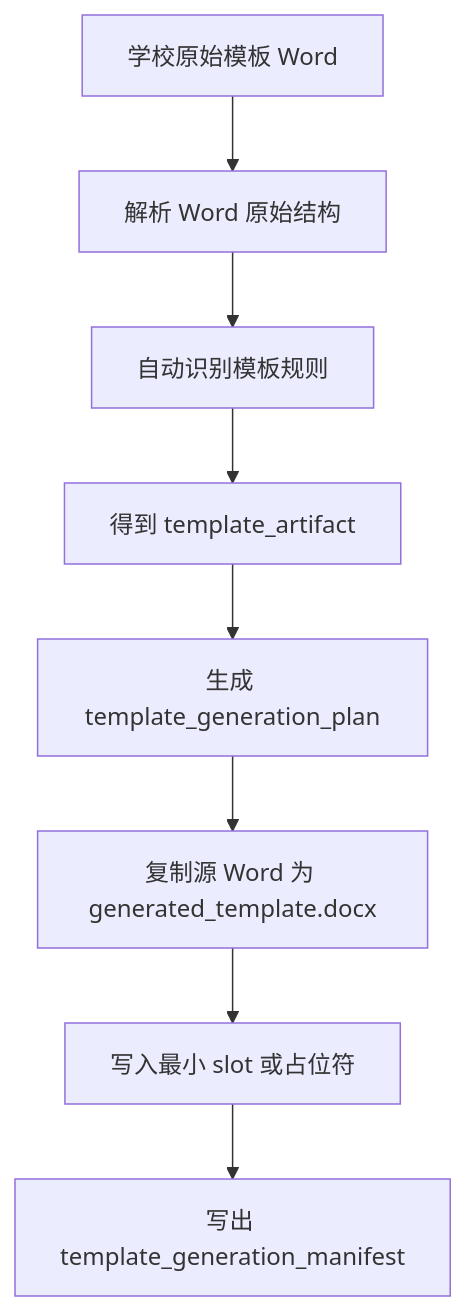
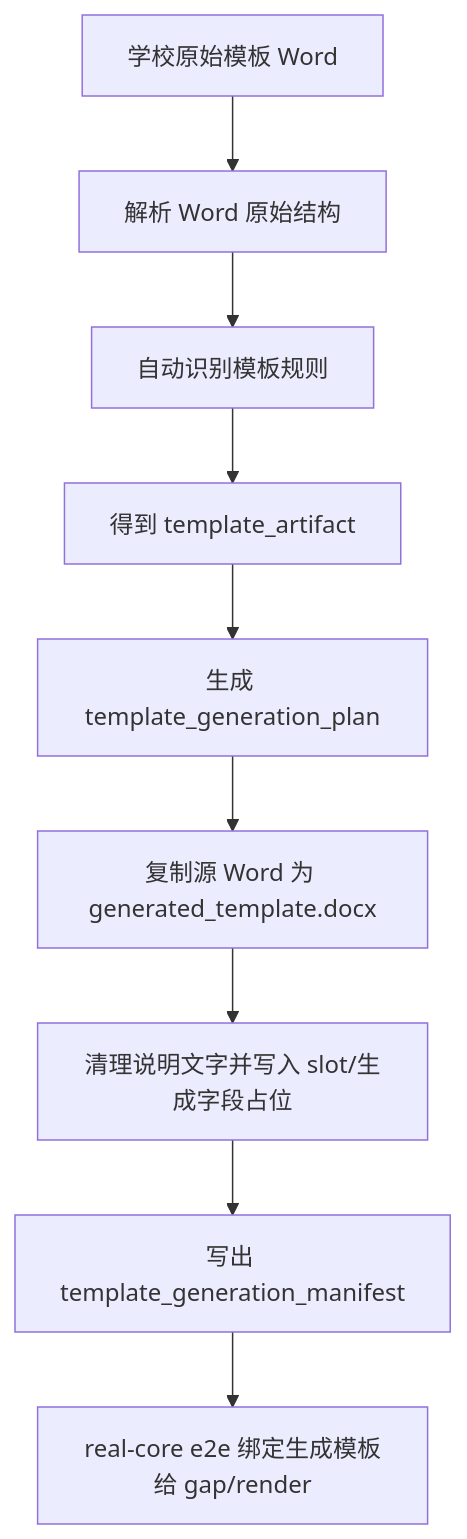
One commit to bamao88/docfit_v3 changed the second of 2 diagrams in docs/human/template-generation-business-flow-current-state.md. Above: the diagram before and after it, drawn with Mermaid. The commit also changed other lines of this file and 7 other files, not shown here.

````diff
--- a/docs/human/template-generation-business-flow-current-state.md
+++ b/docs/human/template-generation-business-flow-current-state.md
@@ -1929,10 +1936,11 @@
 ```mermaid
 flowchart TD
   A["学校原始模板 Word"] --> B["解析 Word 原始结构"]
   B --> C["自动识别模板规则"]
   C --> D["得到 template_artifact"]
   D --> E["生成 template_generation_plan"]
   E --> F["复制源 Word 为 generated_template.docx"]
-  F --> G["写入最小 slot 或占位符"]
+  F --> G["清理说明文字并写入 slot/生成字段占位"]
   G --> H["写出 template_generation_manifest"]
+  H --> I["real-core e2e 绑定生成模板给 gap/render"]
 ```
````
